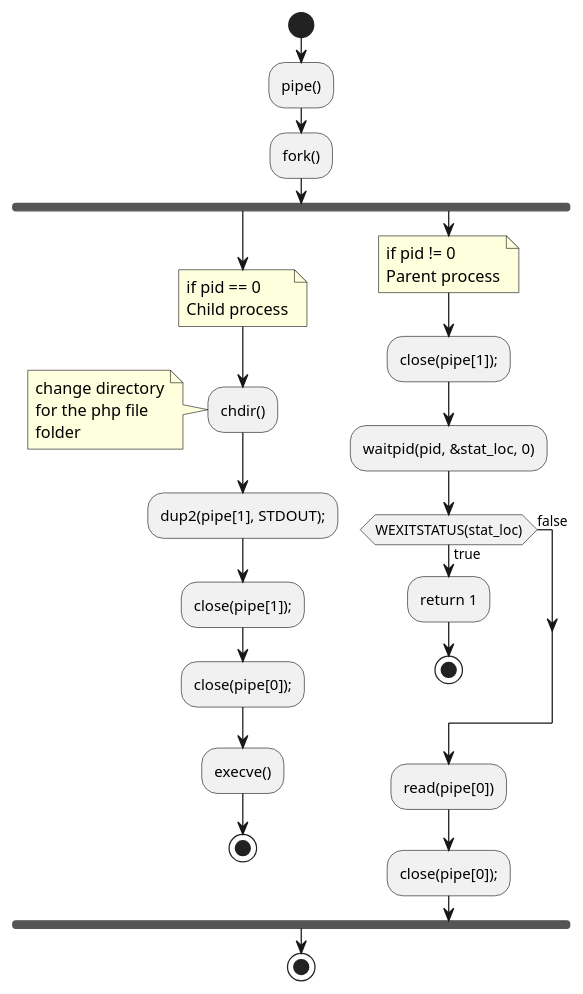
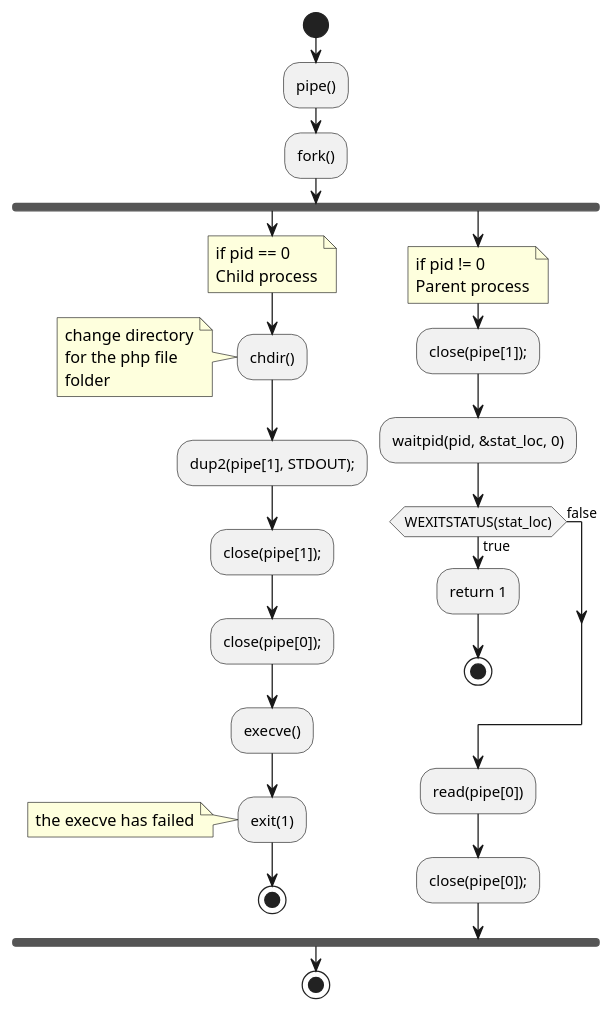
Before and after one commit to 0xCAF3D0OD/webserv: the eighth of 9 diagrams in docs/README.adoc, drawn with PlantUML.

Commit message:
docs: exit 1 after execve
TODO:
recompile svg with macOS environment

```diff
--- a/docs/README.adoc
+++ b/docs/README.adoc
@@ -87,38 +87,42 @@
 [plantuml, target=activity_cgi, format=svg, width=60%]
 ....
 start
 :pipe();
 :fork();
 fork
 note left
   if pid == 0
   Child process
 end note
   :chdir();
 note left
   change directory
   for the php file
   folder
 end note
   :dup2(pipe[1], STDOUT);;
   :close(pipe[1]);;
   :close(pipe[0]);;
   :execve();
+  :exit(1);
+note left
+  the execve has failed
+end note
   stop
 fork again
 note left
   if pid != 0
   Parent process
 end note
   :close(pipe[1]);;
   :waitpid(pid, &stat_loc, 0);
   if (WEXITSTATUS(stat_loc)) is (true) then
     :return 1;
 	stop
   else (false)
   endif
   :read(pipe[0]);
   :close(pipe[0]);;
 end fork;
 stop
 ....
```
